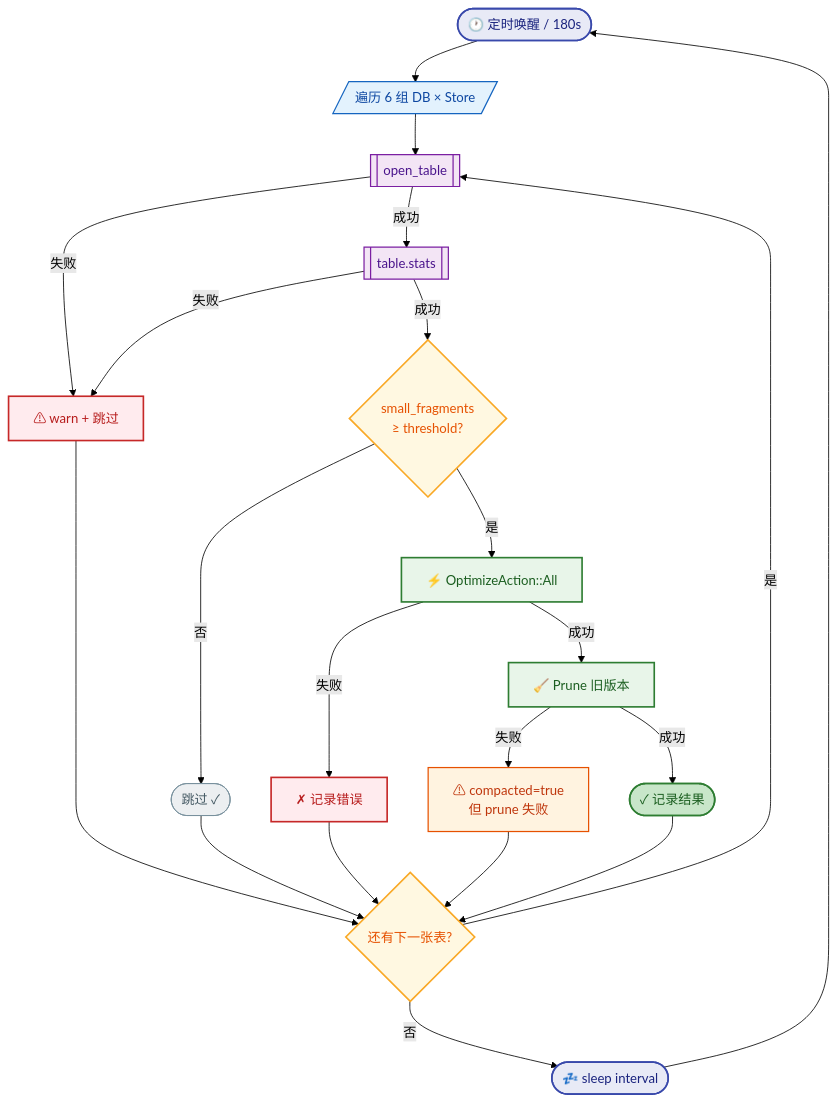
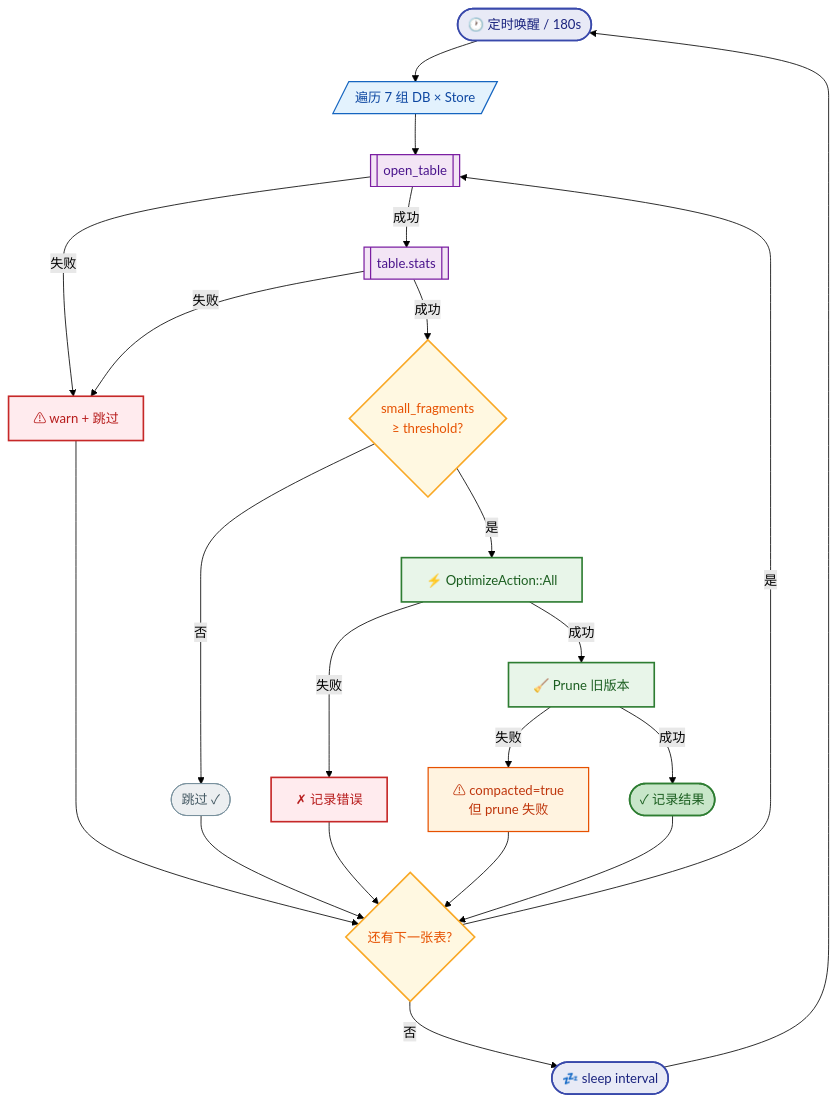
Before and after one commit to acking-you/static_flow: the diagram in docs/unified-lancedb-table-compactor.md, drawn with Mermaid (forest theme). The commit also changed other lines of this file and 38 other files, not shown here.

````diff
--- a/docs/unified-lancedb-table-compactor.md
+++ b/docs/unified-lancedb-table-compactor.md
@@ -72,33 +72,33 @@
 ```mermaid
 graph TD
-    A([🕐 定时唤醒 / 180s]):::trigger --> B[/遍历 6 组 DB × Store/]:::scan
+    A([🕐 定时唤醒 / 180s]):::trigger --> B[/遍历 7 组 DB × Store/]:::scan
     B --> C[[open_table]]:::io
     C -->|失败| D[⚠ warn + 跳过]:::error
     C -->|成功| E[[table.stats]]:::io
     E -->|失败| D
     E -->|成功| F{small_fragments<br/>≥ threshold?}:::decision
     F -->|否| G([跳过 ✓]):::skip
     F -->|是| H[⚡ OptimizeAction::All]:::compact
     H -->|失败| I[✗ 记录错误]:::error
     H -->|成功| J[🧹 Prune 旧版本]:::compact
     J -->|失败| K[⚠ compacted=true<br/>但 prune 失败]:::warn
     J -->|成功| L([✓ 记录结果]):::success
     G --> M{还有下一张表?}:::decision
     K --> M
     L --> M
     D --> M
     I --> M
     M -->|是| C
     M -->|否| N([💤 sleep interval]):::trigger
     N --> A
 
     classDef trigger fill:#e8eaf6,stroke:#3949ab,stroke-width:2px,color:#1a237e
     classDef scan fill:#e3f2fd,stroke:#1565c0,stroke-width:1.5px,color:#0d47a1
     classDef io fill:#f3e5f5,stroke:#7b1fa2,stroke-width:1.5px,color:#4a148c
     classDef decision fill:#fff8e1,stroke:#f9a825,stroke-width:2px,color:#e65100
     classDef compact fill:#e8f5e9,stroke:#2e7d32,stroke-width:2px,color:#1b5e20
     classDef success fill:#c8e6c9,stroke:#2e7d32,stroke-width:2px,color:#1b5e20
     classDef skip fill:#eceff1,stroke:#78909c,stroke-width:1px,color:#455a64
     classDef error fill:#ffebee,stroke:#c62828,stroke-width:2px,color:#b71c1c
     classDef warn fill:#fff3e0,stroke:#e65100,stroke-width:1.5px,color:#bf360c
 ```
````
